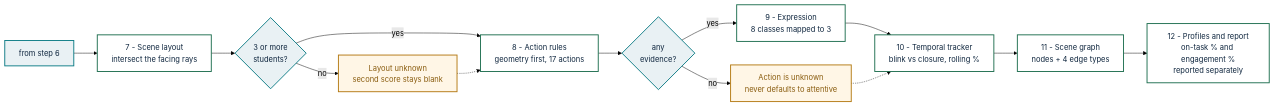
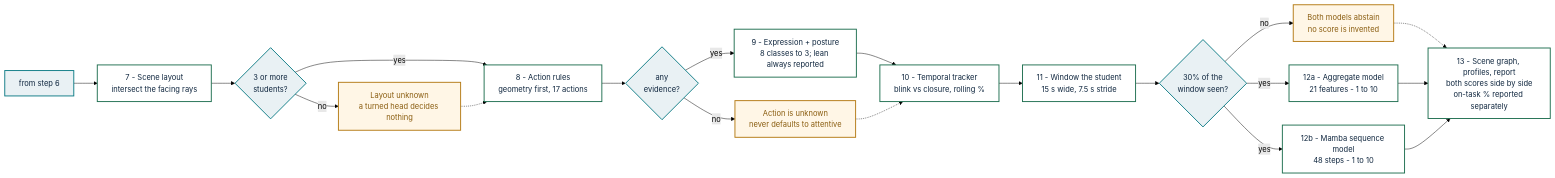
One commit to pranayr710/cv changed the diagram in docs/diagrams/workflow_2_interpretation.mmd. Above: the diagram before and after it, drawn with Mermaid (forest theme). The commit also changed 3 other files, not shown here.

```diff
--- a/docs/diagrams/workflow_2_interpretation.mmd
+++ b/docs/diagrams/workflow_2_interpretation.mmd
@@ -1,28 +1,38 @@
-%% ClassGraph workflow, part 2 of 2 - interpretation (steps 7-12)
+%% ClassGraph workflow, part 2 of 2 - interpretation (steps 7-13)
 %% Everything here is a decision about those measurements.
 flowchart LR
   classDef interp fill:#FFFFFF,stroke:#1F6F50,stroke-width:2px,color:#10273F
   classDef giveup fill:#FFF6E6,stroke:#B47A14,stroke-width:2px,color:#8A5D10
   classDef gate   fill:#E9F1F4,stroke:#0E7C86,stroke-width:2px,color:#10273F
 
   PREV["from step 6"]:::gate
   S7["7 - Scene layout<br/>intersect the facing rays"]:::interp
   G4{"3 or more<br/>students?"}:::gate
-  X4["Layout unknown<br/>second score stays blank"]:::giveup
+  X4["Layout unknown<br/>a turned head decides nothing"]:::giveup
   S8["8 - Action rules<br/>geometry first, 17 actions"]:::interp
   G5{"any<br/>evidence?"}:::gate
   X5["Action is unknown<br/>never defaults to attentive"]:::giveup
-  S9["9 - Expression<br/>8 classes mapped to 3"]:::interp
+  S9["9 - Expression + posture<br/>8 classes to 3; lean always reported"]:::interp
   S10["10 - Temporal tracker<br/>blink vs closure, rolling %"]:::interp
-  S11["11 - Scene graph<br/>nodes + 4 edge types"]:::interp
-  S12["12 - Profiles and report<br/>on-task % and engagement %<br/>reported separately"]:::interp
+  S11["11 - Window the student<br/>15 s wide, 7.5 s stride"]:::interp
+  G6{"30% of the<br/>window seen?"}:::gate
+  X6["Both models abstain<br/>no score is invented"]:::giveup
+  S12A["12a - Aggregate model<br/>21 features - 1 to 10"]:::interp
+  S12B["12b - Mamba sequence model<br/>48 steps - 1 to 10"]:::interp
+  S13["13 - Scene graph, profiles, report<br/>both scores side by side<br/>on-task % reported separately"]:::interp
 
   PREV --> S7 --> G4
   G4 -- no --> X4
   G4 -- yes --> S8
   X4 -.-> S8
   S8 --> G5
   G5 -- no --> X5
   G5 -- yes --> S9 --> S10
   X5 -.-> S10
-  S10 --> S11 --> S12
+  S10 --> S11 --> G6
+  G6 -- no --> X6
+  G6 -- yes --> S12A
+  G6 -- yes --> S12B
+  X6 -.-> S13
+  S12A --> S13
+  S12B --> S13
```
